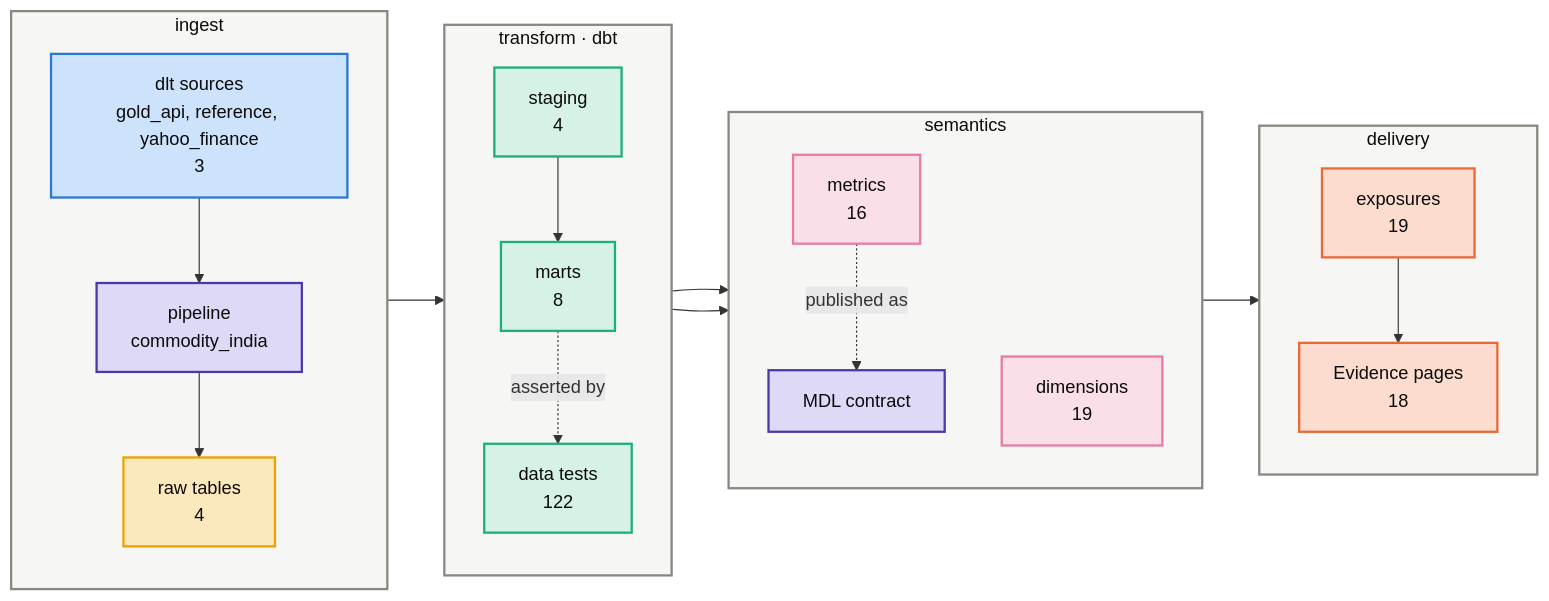
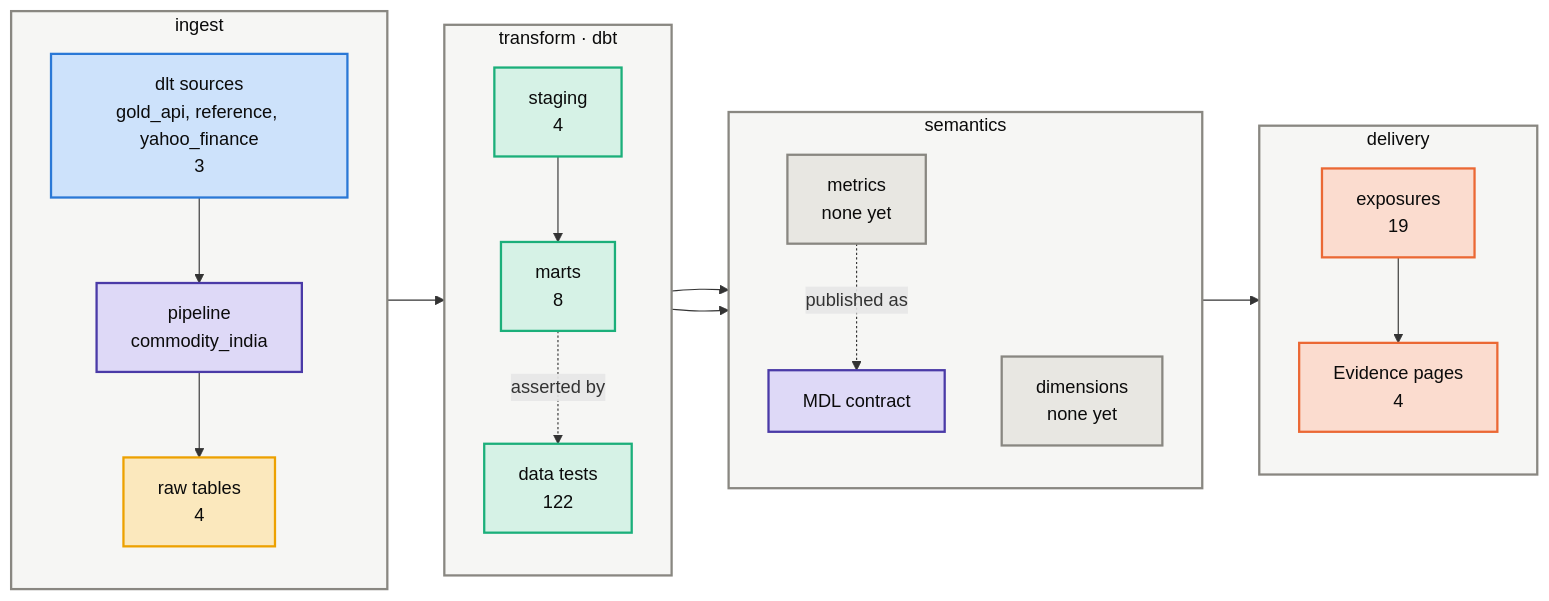
One commit to Atomz-org/data-platform changed the first of 3 diagrams in groups/commodity/projects/commodity-india/kg/architecture.md. Above: the diagram before and after it, drawn with Mermaid. The commit also changed other lines of this file and 8 other files, not shown here.

````diff
--- a/groups/commodity/projects/commodity-india/kg/architecture.md
+++ b/groups/commodity/projects/commodity-india/kg/architecture.md
@@ -10,41 +10,41 @@
 ```mermaid
 flowchart LR
     subgraph LI["ingest"]
         direction TB
         I1["dlt sources<br/>gold_api, reference, yahoo_finance<br/>3"]:::ingress
         I2["pipeline<br/>commodity_india"]:::platform
         I3["raw tables<br/>4"]:::raw
     end
     subgraph LT["transform · dbt"]
         direction TB
         T1["staging<br/>4"]:::model
         T2["marts<br/>8"]:::model
         T3["data tests<br/>122"]:::model
     end
     subgraph LS["semantics"]
         direction TB
-        S1["metrics<br/>16"]:::metric
-        S2["dimensions<br/>19"]:::metric
+        S1["metrics<br/>none yet"]:::neutral
+        S2["dimensions<br/>none yet"]:::neutral
         S3["MDL contract"]:::platform
     end
     subgraph LD["delivery"]
         direction TB
         D1["exposures<br/>19"]:::exposure
-        D2["Evidence pages<br/>18"]:::exposure
+        D2["Evidence pages<br/>4"]:::exposure
     end
     I1 --> I2 --> I3 --> T1 --> T2
     T2 --> S1 --> D1 --> D2
     T2 --> S2
     S1 -.published as.-> S3
     T2 -.asserted by.-> T3
     classDef ingress fill:#cde2fb,stroke:#2a78d6,stroke-width:2px,color:#0b0b0b
     classDef platform fill:#ded9f7,stroke:#4a3aa7,stroke-width:2px,color:#0b0b0b
     classDef raw fill:#fbe8bd,stroke:#eda100,stroke-width:2px,color:#0b0b0b
     classDef model fill:#d6f2e6,stroke:#1baf7a,stroke-width:2px,color:#0b0b0b
     classDef metric fill:#fadfe8,stroke:#e87ba4,stroke-width:2px,color:#0b0b0b
     classDef exposure fill:#fbdccf,stroke:#eb6834,stroke-width:2px,color:#0b0b0b
     classDef neutral fill:#e8e7e2,stroke:#898781,stroke-width:2px,color:#0b0b0b
     classDef project fill:#e3eefc,stroke:#2a78d6,stroke-width:2px,color:#0b0b0b
     classDef lane fill:#f6f6f4,stroke:#898781,stroke-width:2px,color:#0b0b0b
     class LI,LT,LS,LD lane
 ```
````
